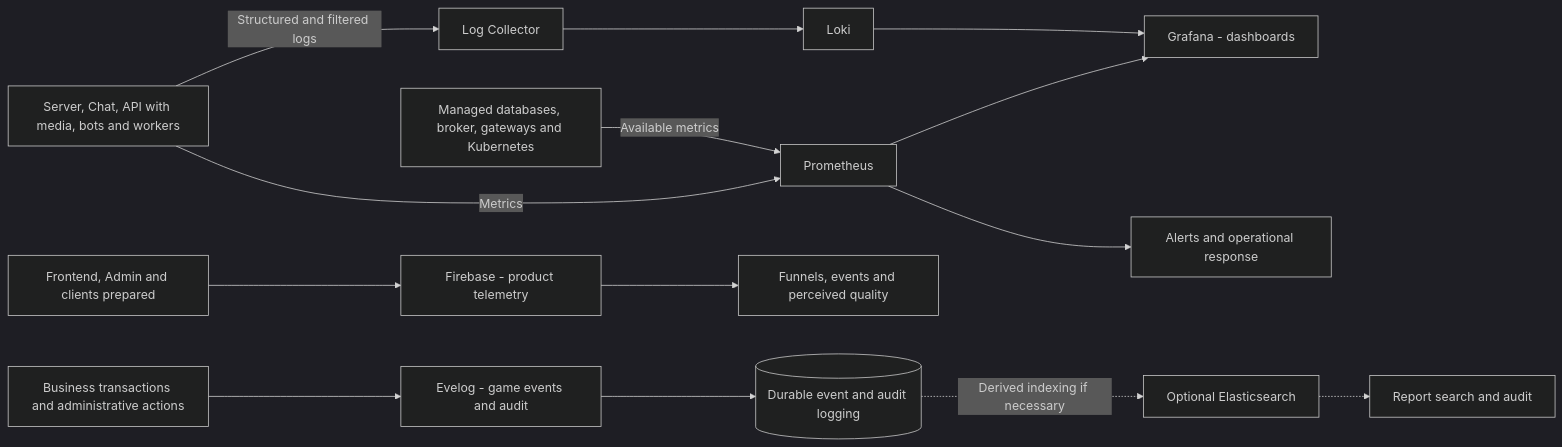
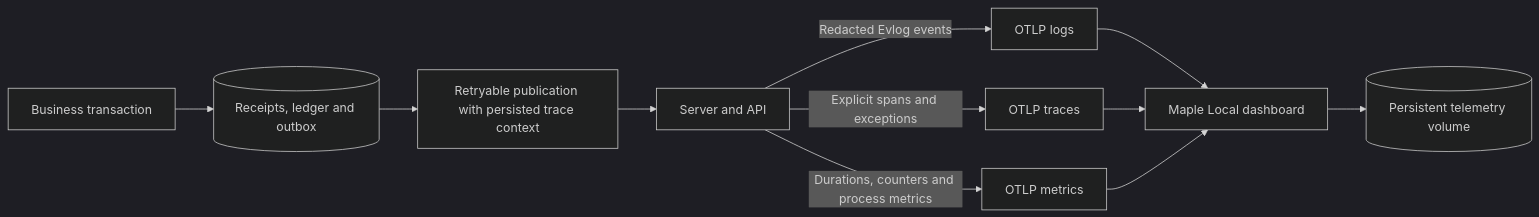
Before and after one commit to ReeseArch64/opencok: the first of 4 diagrams in docs/architecture/operations.md, drawn with Mermaid (dark theme). The commit also changed other lines of this file and 56 other files, not shown here.

Commit message:
feat(infra): integrate Maple with server and API operational telemetry

````diff
--- a/docs/architecture/operations.md
+++ b/docs/architecture/operations.md
@@ -10,16 +17,13 @@
 ```mermaid
 flowchart LR
-  apps[Server, Chat, API with media, bots and workers] -->|Metrics| prom[Prometheus]
-  apps -->|Structured and filtered logs| collector[Log Collector]
-  collector --> loki[Loki]
-  infra[Managed databases, broker, gateways and Kubernetes] -->|Available metrics| prom
-  clients[Frontend, Admin and clients prepared] --> firebase[Firebase - product telemetry]
-  firebase --> product[Funnels, events and perceived quality]
-  prom --> grafana[Grafana - dashboards]
-  loki --> grafana
-  prom --> alerts[Alerts and operational response]
-  transaction[Business transactions and administrative actions] --> eventlog[Evelog - game events and audit]
-  eventlog --> audit[(Durable event and audit logging)]
-  audit -.->|Derived indexing if necessary| elastic[Optional Elasticsearch]
-  elastic -.-> search[Report search and audit]
+  apps[Server and API] -->|Redacted Evlog events| logs[OTLP logs]
+  apps -->|Explicit spans and exceptions| traces[OTLP traces]
+  apps -->|Durations, counters and process metrics| metrics[OTLP metrics]
+  logs --> maple[Maple Local dashboard]
+  traces --> maple
+  metrics --> maple
+  maple --> volume[(Persistent telemetry volume)]
+  transaction[Business transaction] --> audit[(Receipts, ledger and outbox)]
+  audit --> relay[Retryable publication with persisted trace context]
+  relay --> apps
 ```
````
